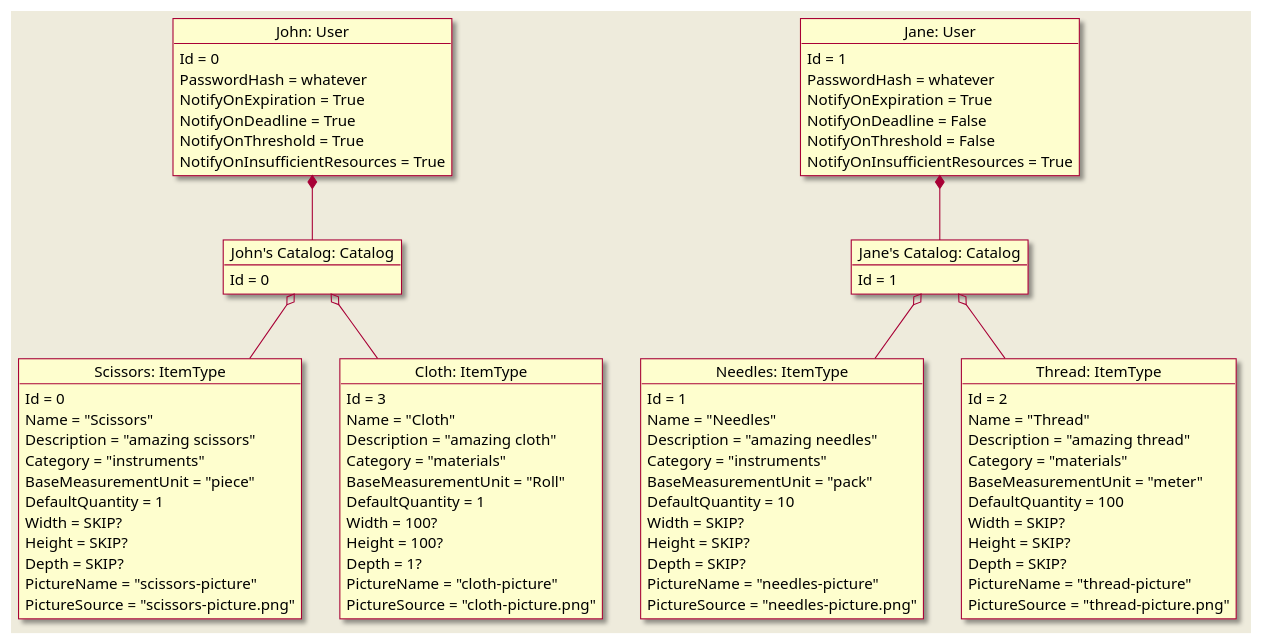
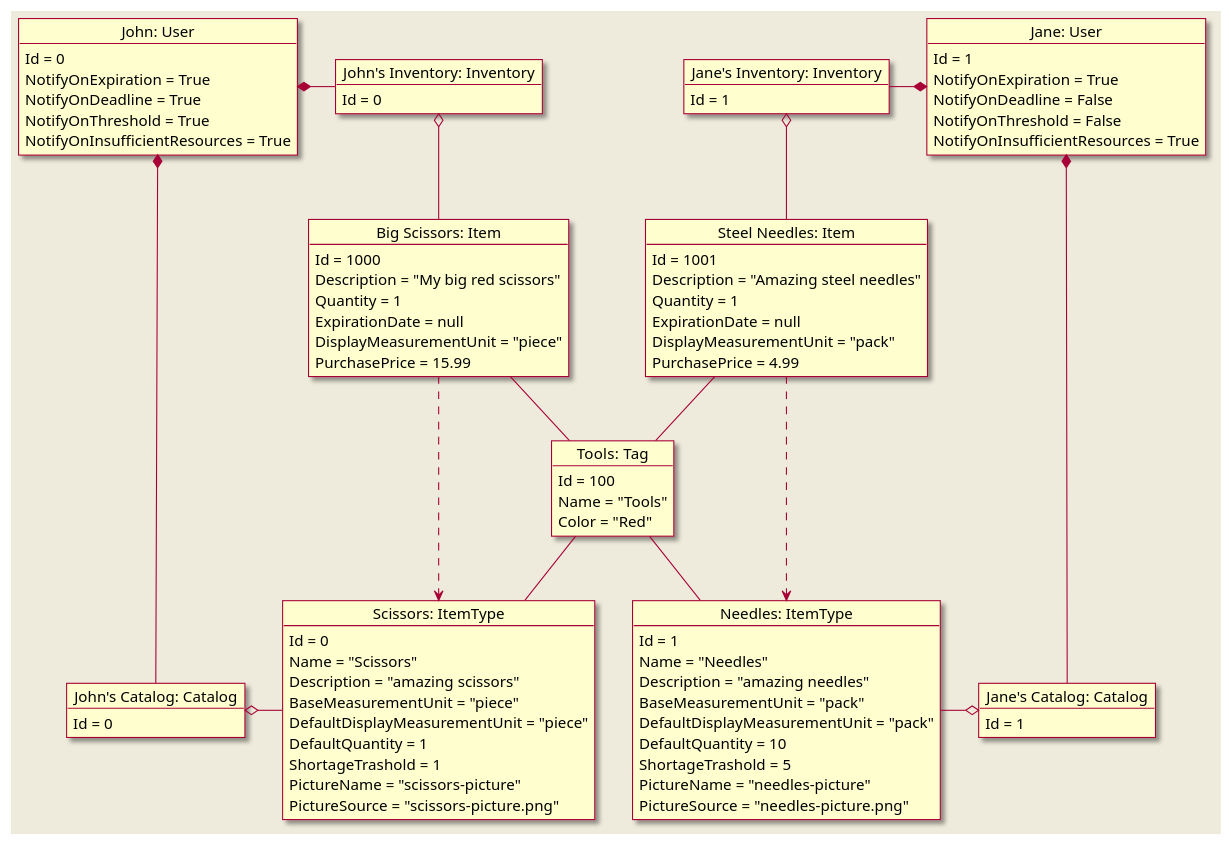
Before and after one commit to Lingers-3/project: the diagram in diagrams/object.pu, drawn with PlantUML. The commit also changed 7 other files, not shown here.

Commit message:
updated all diagrams

```diff
--- a/diagrams/object.pu
+++ b/diagrams/object.pu
@@ -1,92 +1,101 @@
 @startuml
 skin rose
 skinparam backgroundColor #EEEBDC
 /' left to right direction '/
+/' skinparam linetype ortho '/
 
-object "John: User" as UserJohn{
+object "John: User" as UserJohn {
     Id = 0
-    PasswordHash = whatever
     NotifyOnExpiration = True
     NotifyOnDeadline = True
     NotifyOnThreshold = True
     NotifyOnInsufficientResources = True
 }
 object "Jane: User" as UserJane {
     Id = 1
-    PasswordHash = whatever
     NotifyOnExpiration = True
     NotifyOnDeadline = False
     NotifyOnThreshold = False
     NotifyOnInsufficientResources = True
 }
 
 object "John's Catalog: Catalog" as JohnCatalog {
     Id = 0
 }
 object "Jane's Catalog: Catalog" as JaneCatalog {
     Id = 1
 }
 
+object "John's Inventory: Inventory" as JohnInventory {
+    Id = 0
+}
+object "Jane's Inventory: Inventory" as JaneInventory {
+    Id = 1
+}
+
+object "Tools: Tag" as TagTools {
+    Id = 100
+    Name = "Tools"
+    Color = "Red"
+}
+
 object "Scissors: ItemType" as Scissors {
     Id = 0
     Name = "Scissors"
     Description = "amazing scissors"
-    Category = "instruments"
     BaseMeasurementUnit = "piece"
+    DefaultDisplayMeasurementUnit = "piece"
     DefaultQuantity = 1
-    Width = SKIP?
-    Height = SKIP?
-    Depth = SKIP?
+    ShortageTrashold = 1
     PictureName = "scissors-picture"
     PictureSource = "scissors-picture.png"
 }
+
 object "Needles: ItemType" as Needles {
     Id = 1
     Name = "Needles"
     Description = "amazing needles"
-    Category = "instruments"
     BaseMeasurementUnit = "pack"
+    DefaultDisplayMeasurementUnit = "pack"
     DefaultQuantity = 10
-    Width = SKIP?
-    Height = SKIP?
-    Depth = SKIP?
+    ShortageTrashold = 5
     PictureName = "needles-picture"
     PictureSource = "needles-picture.png"
 }
-object "Thread: ItemType" as Thread {
-    Id = 2
-    Name = "Thread"
-    Description = "amazing thread"
-    Category = "materials"
-    BaseMeasurementUnit = "meter"
-    DefaultQuantity = 100
-    Width = SKIP?
-    Height = SKIP?
-    Depth = SKIP?
-    PictureName = "thread-picture"
-    PictureSource = "thread-picture.png"
-}
-object "Cloth: ItemType" as Cloth {
-    Id = 3
-    Name = "Cloth"
-    Description = "amazing cloth"
-    Category = "materials"
-    BaseMeasurementUnit = "Roll"
-    DefaultQuantity = 1
-    Width = 100?
-    Height = 100?
-    Depth = 1?
-    PictureName = "cloth-picture"
-    PictureSource = "cloth-picture.png"
+
+object "Big Scissors: Item" as BigScissors {
+    Id = 1000
+    Description = "My big red scissors"
+    Quantity = 1
+    ExpirationDate = null
+    DisplayMeasurementUnit = "piece"
+    PurchasePrice = 15.99
 }
 
-UserJohn *-- JohnCatalog
-UserJane *-- JaneCatalog
+object "Steel Needles: Item" as SteelNeedles {
+    Id = 1001
+    Description = "Amazing steel needles"
+    Quantity = 1
+    ExpirationDate = null
+    DisplayMeasurementUnit = "pack"
+    PurchasePrice = 4.99
+}
 
-JohnCatalog o-- Scissors
-JohnCatalog o-- Cloth
+UserJohn *--d-- JohnCatalog
+UserJohn *-r- JohnInventory
+JohnCatalog o-r- Scissors
+JohnInventory o-- BigScissors
+BigScissors ..> Scissors
 
-JaneCatalog o-- Needles
-JaneCatalog o-- Thread
+UserJane *--d-- JaneCatalog
+UserJane *-l- JaneInventory
+JaneCatalog o-l- Needles
+JaneInventory o-- SteelNeedles
+SteelNeedles ..> Needles
+
+TagTools -d- Scissors
+TagTools -u- BigScissors
+TagTools -d- Needles
+TagTools -u- SteelNeedles
 
 @enduml
```
